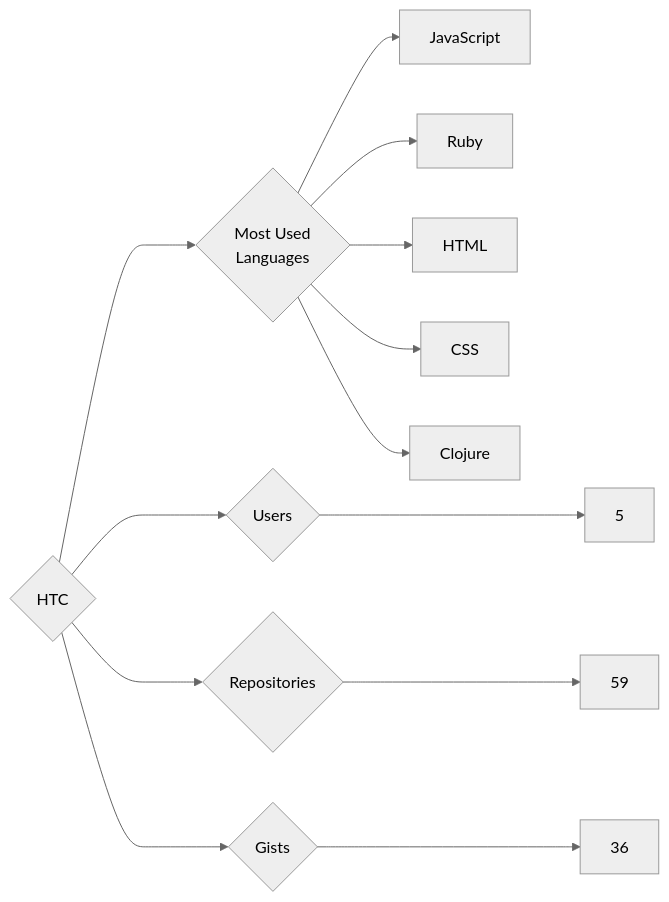
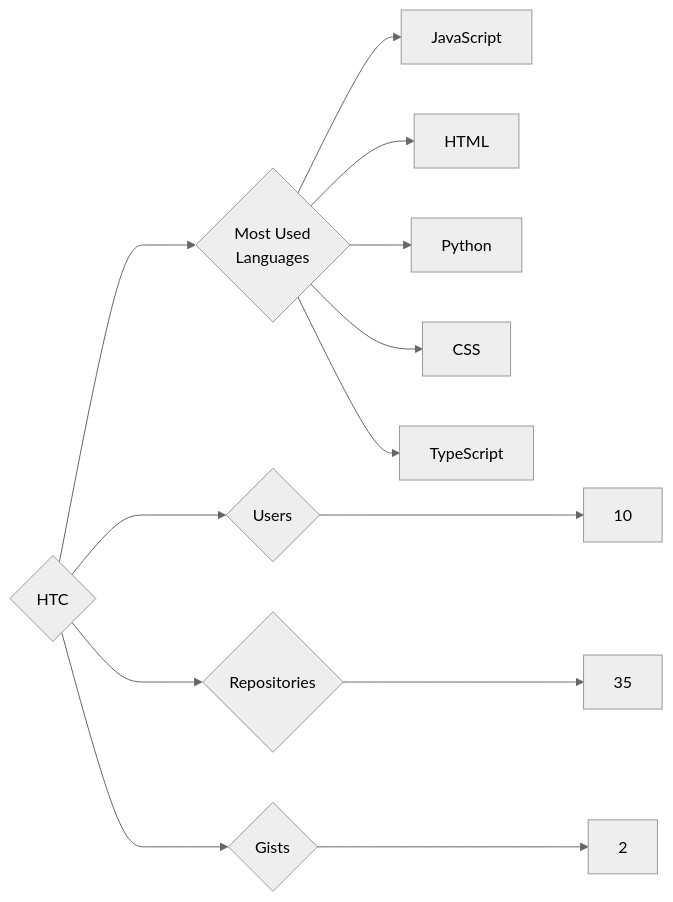
Before and after one commit to trickest/insiders: the diagram in targets/HTC/README.md, drawn with Mermaid (neutral theme). The commit also changed 1166 other files, not shown here.

````diff
--- a/targets/HTC/README.md
+++ b/targets/HTC/README.md
@@ -3,13 +3,13 @@
 ```mermaid
 graph LR
 COMPANY_NAME{HTC}
-COMPANY_NAME ---> U{Users} ---> UN[5]
-COMPANY_NAME ---> R{Repositories} ---> RN[59]
-COMPANY_NAME ---> G{Gists} ---> GN[36]
+COMPANY_NAME ---> U{Users} ---> UN[10]
+COMPANY_NAME ---> R{Repositories} ---> RN[35]
+COMPANY_NAME ---> G{Gists} ---> GN[2]
 COMPANY_NAME ---> ML{Most Used<br>Languages}
 ML --> JavaScript[JavaScript]
-ML --> Ruby[Ruby]
 ML --> HTML[HTML]
+ML --> Python[Python]
 ML --> CSS[CSS]
-ML --> Clojure[Clojure]
+ML --> TypeScript[TypeScript]
 ```
````
